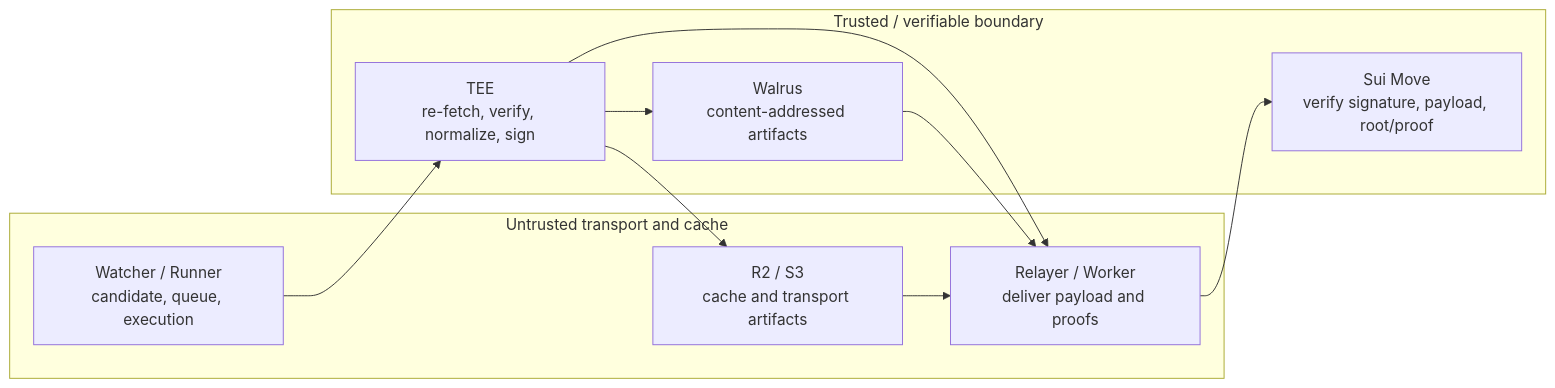
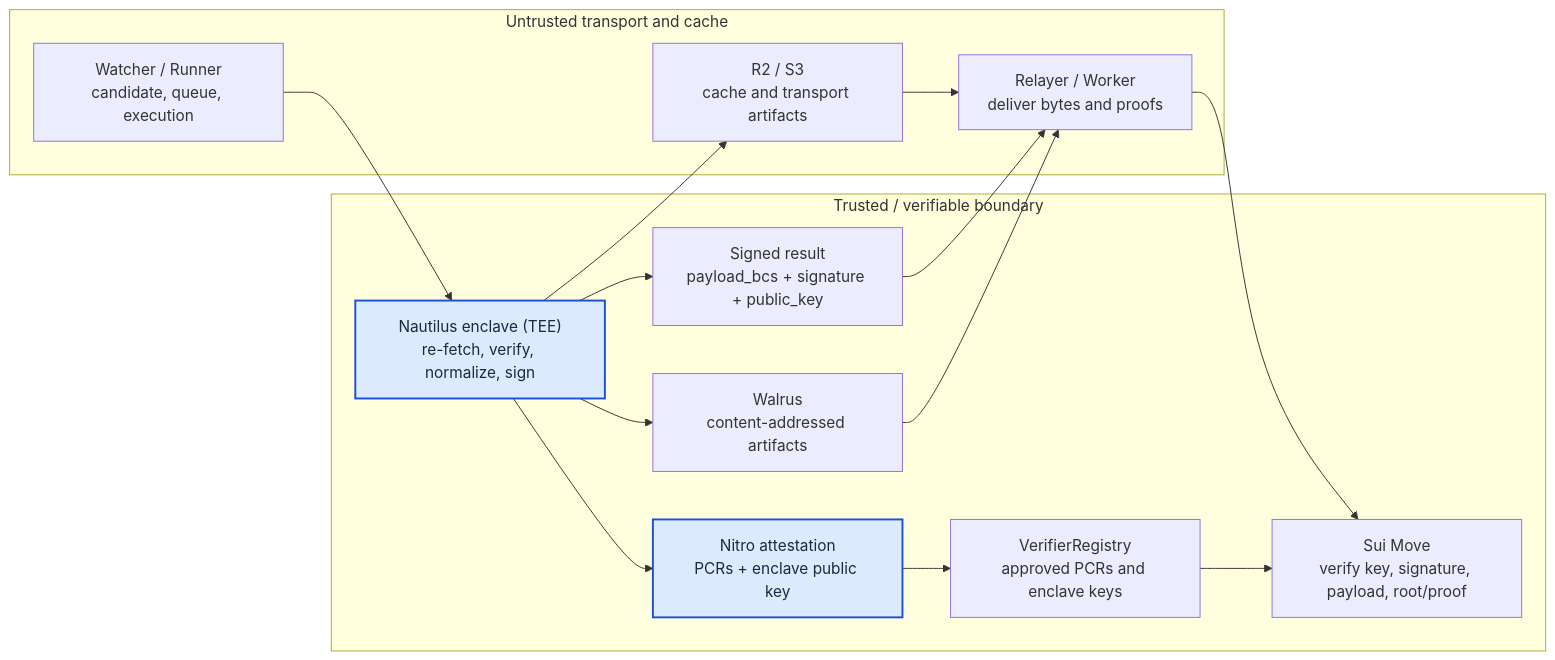
One commit to UnagiLabs/Sonari changed the first of 2 diagrams in nautilus/verifiers/README.md. Above: the diagram before and after it, drawn with Mermaid. The commit also changed other lines of this file, not shown here.

````diff
--- a/nautilus/verifiers/README.md
+++ b/nautilus/verifiers/README.md
@@ -7,29 +30,42 @@
 ```mermaid
 flowchart LR
   watcher["Watcher / Runner<br/>candidate, queue, execution"]
-  tee["TEE<br/>re-fetch, verify, normalize, sign"]
-  relayer["Relayer / Worker<br/>deliver payload and proofs"]
+  tee["Nautilus enclave (TEE)<br/>re-fetch, verify, normalize, sign"]
+  signed["Signed result<br/>payload_bcs + signature + public_key"]
+  attestation["Nitro attestation<br/>PCRs + enclave public key"]
+  registry["VerifierRegistry<br/>approved PCRs and enclave keys"]
+  relayer["Relayer / Worker<br/>deliver bytes and proofs"]
   walrus["Walrus<br/>content-addressed artifacts"]
   cache["R2 / S3<br/>cache and transport artifacts"]
-  sui["Sui Move<br/>verify signature, payload, root/proof"]
+  sui["Sui Move<br/>verify key, signature, payload, root/proof"]
 
   watcher --> tee
-  tee --> relayer
+  tee --> signed
+  tee --> attestation
+  attestation --> registry
+  signed --> relayer
   tee --> walrus
   tee --> cache
   walrus --> relayer
   cache --> relayer
   relayer --> sui
+  registry --> sui
 
   subgraph untrusted["Untrusted transport and cache"]
     watcher
     relayer
     cache
   end
 
   subgraph trusted["Trusted / verifiable boundary"]
     tee
+    signed
+    attestation
+    registry
     walrus
     sui
   end
+
+  classDef nautilus fill:#dbeafe,stroke:#1d4ed8,stroke-width:2px,color:#1e293b;
+  class tee,attestation nautilus;
 ```
````
